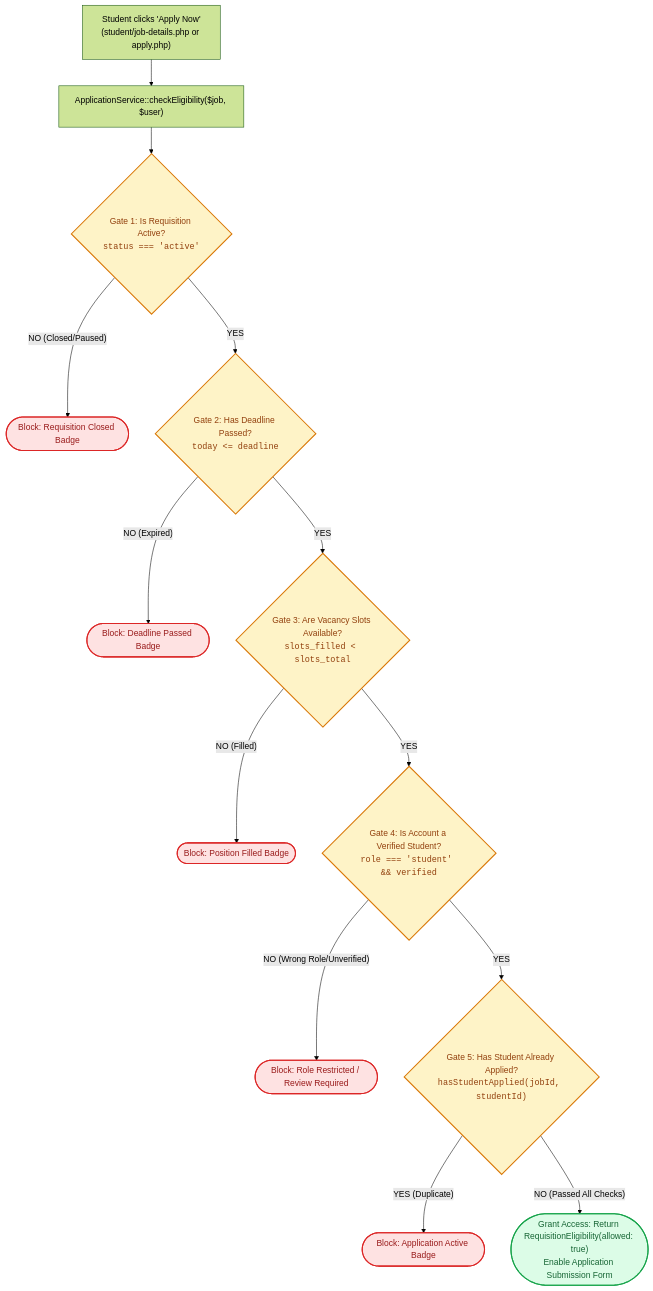
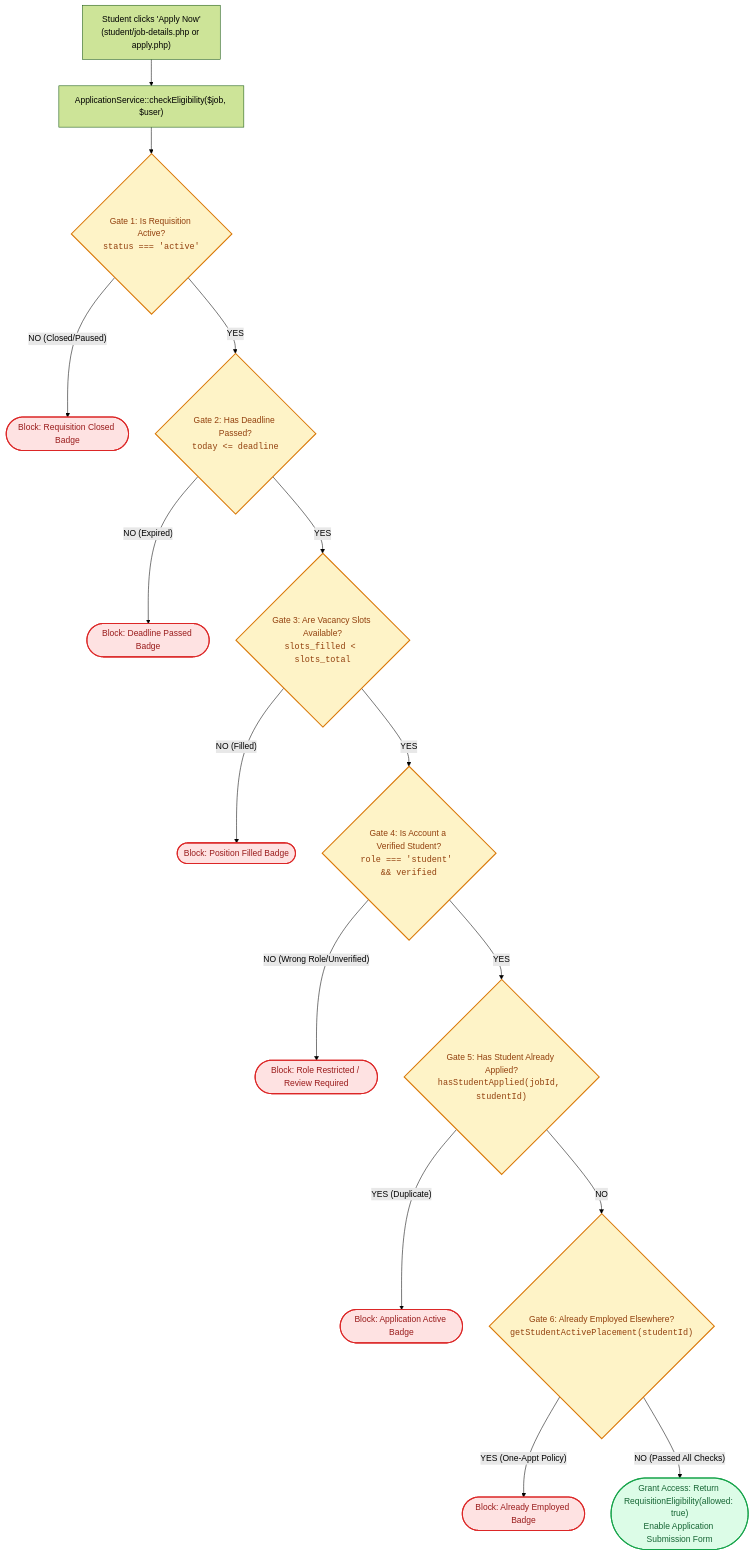
Before and after one commit to AlwinsonTGM/Campus-Job-Posting-System: the diagram in docs/codebase/includes/services/application-service.php.md, drawn with Mermaid (forest theme). The commit also changed other lines of this file and 61 other files, not shown here.

Commit message:
feat(student,settings,devblog): add persistent profile resumes, concurrent placement governance, settings UI/UX rebalance, and Day 26-27 chronicles

````diff
--- a/docs/codebase/includes/services/application-service.php.md
+++ b/docs/codebase/includes/services/application-service.php.md
@@ -37,30 +37,33 @@
 ```mermaid
 flowchart TD
     CandidateReq["Student clicks 'Apply Now'<br/>(student/job-details.php or apply.php)"] --> Eval["ApplicationService::checkEligibility($job, $user)"]
 
     Eval --> Gate1{"Gate 1: Is Requisition Active?<br/><code>status === 'active'</code>"}
     Gate1 -- "NO (Closed/Paused)" --> Block1(["Block: Requisition Closed Badge"])
 
     Gate1 -- "YES" --> Gate2{"Gate 2: Has Deadline Passed?<br/><code>today <= deadline</code>"}
     Gate2 -- "NO (Expired)" --> Block2(["Block: Deadline Passed Badge"])
 
     Gate2 -- "YES" --> Gate3{"Gate 3: Are Vacancy Slots Available?<br/><code>slots_filled < slots_total</code>"}
     Gate3 -- "NO (Filled)" --> Block3(["Block: Position Filled Badge"])
 
     Gate3 -- "YES" --> Gate4{"Gate 4: Is Account a Verified Student?<br/><code>role === 'student' && verified</code>"}
     Gate4 -- "NO (Wrong Role/Unverified)" --> Block4(["Block: Role Restricted / Review Required"])
 
     Gate4 -- "YES" --> Gate5{"Gate 5: Has Student Already Applied?<br/><code>hasStudentApplied(jobId, studentId)</code>"}
     Gate5 -- "YES (Duplicate)" --> Block5(["Block: Application Active Badge"])
 
-    Gate5 -- "NO (Passed All Checks)" --> Allow(["Grant Access: Return RequisitionEligibility(allowed: true)<br/>Enable Application Submission Form"])
+    Gate5 -- "NO" --> Gate6{"Gate 6: Already Employed Elsewhere?<br/><code>getStudentActivePlacement(studentId)</code>"}
+    Gate6 -- "YES (One-Appt Policy)" --> Block6(["Block: Already Employed Badge"])
+
+    Gate6 -- "NO (Passed All Checks)" --> Allow(["Grant Access: Return RequisitionEligibility(allowed: true)<br/>Enable Application Submission Form"])
 
     %% Semantic styling
     classDef gate fill:#FEF3C7,stroke:#D97706,stroke-width:2px,color:#92400E;
     classDef block fill:#FEE2E2,stroke:#DC2626,stroke-width:2px,color:#991B1B;
     classDef pass fill:#DCFCE7,stroke:#16A34A,stroke-width:2px,color:#166534;
 
-    class Gate1,Gate2,Gate3,Gate4,Gate5 gate;
-    class Block1,Block2,Block3,Block4,Block5 block;
+    class Gate1,Gate2,Gate3,Gate4,Gate5,Gate6 gate;
+    class Block1,Block2,Block3,Block4,Block5,Block6 block;
     class Allow pass;
 ```
````
